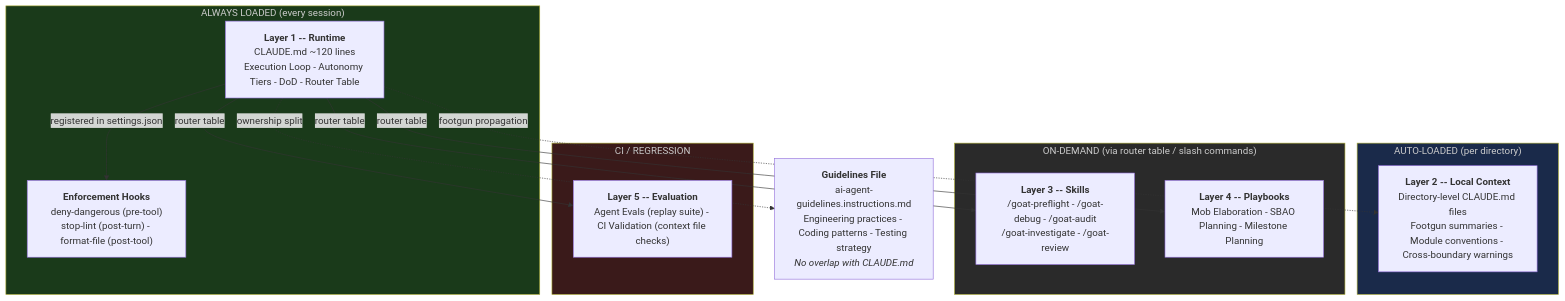
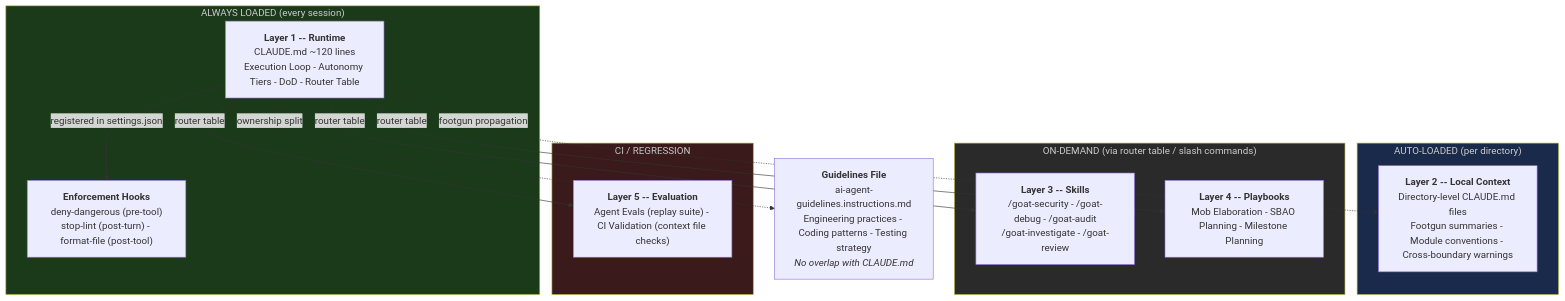
One commit to blundergoat/goat-flow changed the first of 2 diagrams in docs/reference/design-rationale.md. Above: the diagram before and after it, drawn with Mermaid. The commit also changed other lines of this file and 59 other files, not shown here.

````diff
--- a/docs/reference/design-rationale.md
+++ b/docs/reference/design-rationale.md
@@ -30,34 +30,34 @@
 ```mermaid
 flowchart TB
     subgraph ALWAYS["ALWAYS LOADED (every session)"]
         L1["<b>Layer 1 -- Runtime</b><br/>CLAUDE.md ~120 lines<br/>Execution Loop - Autonomy Tiers - DoD - Router Table"]
         HOOKS["<b>Enforcement Hooks</b><br/>deny-dangerous (pre-tool)<br/>stop-lint (post-turn) - format-file (post-tool)"]
     end
 
     subgraph AUTO["AUTO-LOADED (per directory)"]
         L2["<b>Layer 2 -- Local Context</b><br/>Directory-level CLAUDE.md files<br/>Footgun summaries - Module conventions - Cross-boundary warnings"]
     end
 
     subgraph DEMAND["ON-DEMAND (via router table / slash commands)"]
-        L3["<b>Layer 3 -- Skills</b><br/>/goat-preflight - /goat-debug - /goat-audit<br/>/goat-investigate - /goat-review"]
+        L3["<b>Layer 3 -- Skills</b><br/>/goat-security - /goat-debug - /goat-audit<br/>/goat-investigate - /goat-review"]
         L4["<b>Layer 4 -- Playbooks</b><br/>Mob Elaboration - SBAO Planning - Milestone Planning"]
     end
 
     subgraph CICD["CI / REGRESSION"]
         L5["<b>Layer 5 -- Evaluation</b><br/>Agent Evals (replay suite) - CI Validation (context file checks)"]
     end
 
     GUIDE["<b>Guidelines File</b><br/>ai-agent-guidelines.instructions.md<br/>Engineering practices - Coding patterns - Testing strategy<br/><i>No overlap with CLAUDE.md</i>"]
 
     L1 -- "router table" --> L3
     L1 -- "router table" --> L4
     L1 -- "router table" --> L5
     L1 -. "footgun propagation" .-> L2
     L1 -- "registered in settings.json" --> HOOKS
     L1 -. "ownership split" .-> GUIDE
 
     style ALWAYS fill:#1a3a1a,color:#ccc
     style AUTO fill:#1a2a4a,color:#ccc
     style DEMAND fill:#2a2a2a,color:#ccc
     style CICD fill:#3a1a1a,color:#ccc
 ```
````
